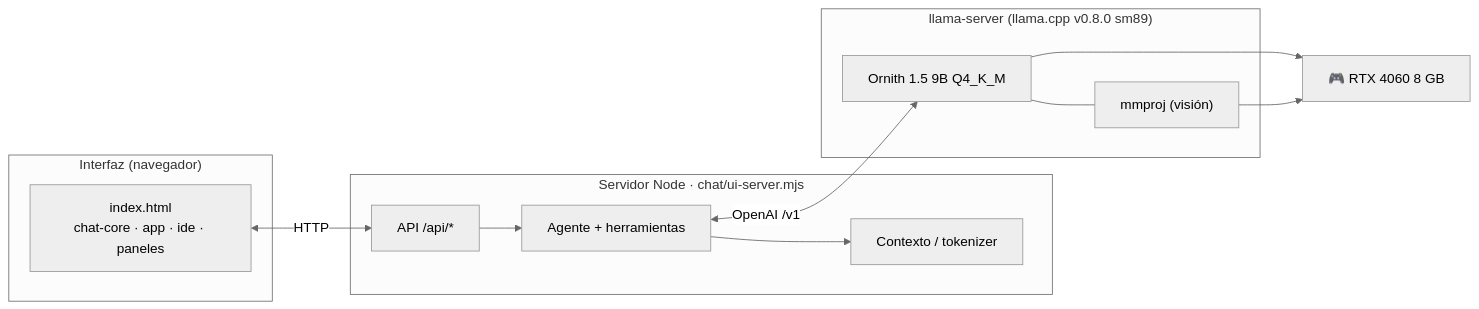
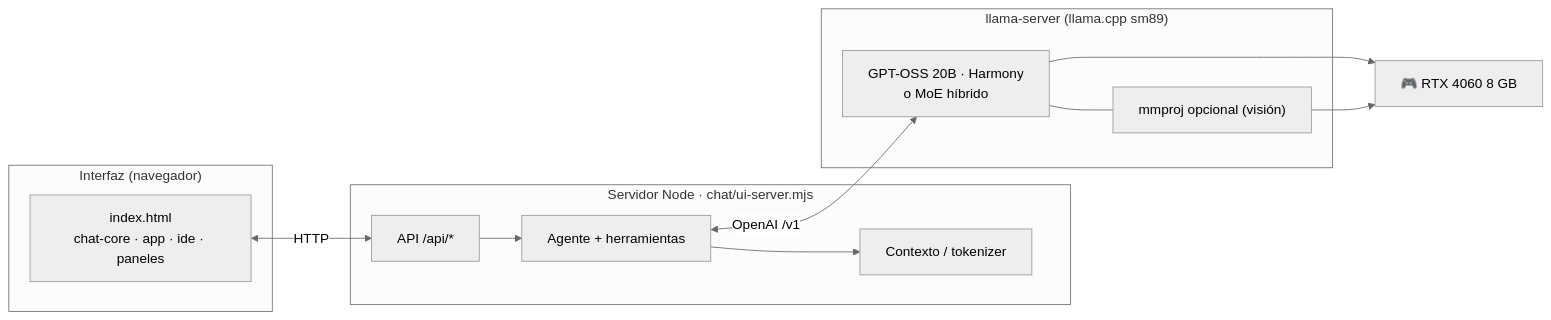
One commit to Vahlame/bonsai-local-ide changed the first of 2 diagrams in README.md. Above: the diagram before and after it, drawn with Mermaid (neutral theme). The commit also changed other lines of this file and 15 other files, not shown here.

````diff
--- a/README.md
+++ b/README.md
@@ -42,27 +43,27 @@
 ```mermaid
 flowchart LR
     subgraph UI["Interfaz (navegador)"]
         WEB["index.html<br/>chat-core · app · ide · paneles"]
     end
 
     subgraph NODE["Servidor Node · chat/ui-server.mjs"]
         API["API /api/*"]
         AGENT["Agente + herramientas"]
         CTX["Contexto / tokenizer"]
     end
 
-    subgraph LLAMA["llama-server (llama.cpp v0.8.0 sm89)"]
-        MODEL["Ornith 1.5 9B Q4_K_M"]
-        MMPROJ["mmproj (visión)"]
+    subgraph LLAMA["llama-server (llama.cpp sm89)"]
+        MODEL["GPT-OSS 20B · Harmony<br/>o MoE híbrido"]
+        MMPROJ["mmproj opcional (visión)"]
     end
 
     GPU["🎮 RTX 4060 8 GB"]
 
     WEB <-->|HTTP| API
     API --> AGENT
     AGENT --> CTX
     AGENT <-->|OpenAI /v1| MODEL
     MODEL --- MMPROJ
     MODEL --> GPU
     MMPROJ --> GPU
 ```
````
